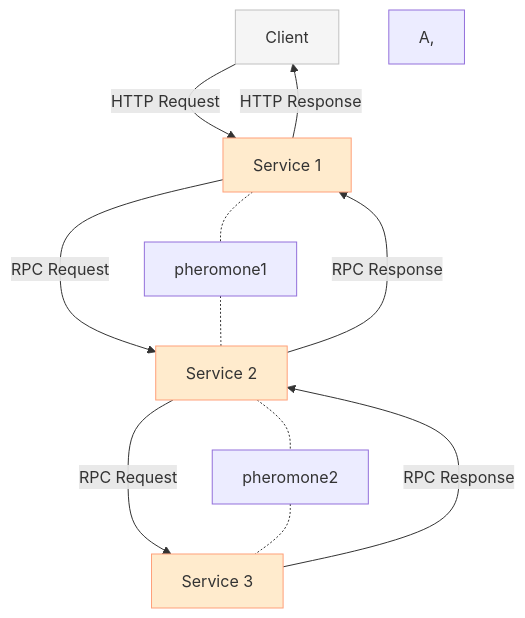
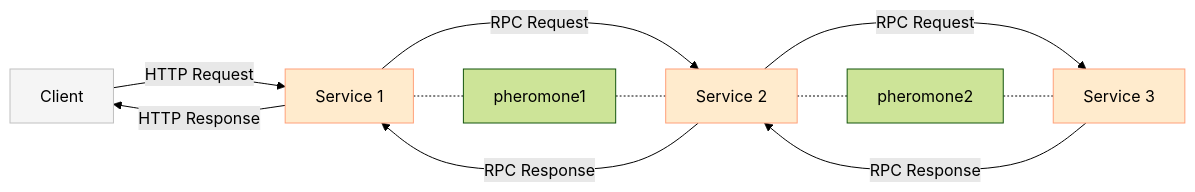
Before and after one commit to devrimdemiroz/opentelemetry-demo-webstore: the diagram in src/servicetopology/TracingPhermones.md, drawn with Mermaid. The commit also changed other lines of this file and 9 other files, not shown here.

````diff
--- a/src/servicetopology/TracingPhermones.md
+++ b/src/servicetopology/TracingPhermones.md
@@ -35,20 +33,21 @@
 ```mermaid
-graph TD;
+%%{init: {'theme': 'forest', "flowchart" : { "curve" : "basis" } } }%%
+graph LR;
   A[Client] -->|HTTP Request| B[Service 1];
   B -->|RPC Request| C[Service 2];
   C -->|RPC Request| D[Service 3];
   D -->|RPC Response| C;
   C -->|RPC Response| B;
   B -->|HTTP Response| A;
   style B fill:#FFEBCD,stroke:#FFA07A;
   style C fill:#FFEBCD,stroke:#FFA07A;
   style D fill:#FFEBCD,stroke:#FFA07A;
   style A fill:#F5F5F5,stroke:#C0C0C0;
-  style A, B, C, D stroke-width:3px;
+  style A B, C, D stroke-width:3px;
   B-.-pheromone1-.-C;
   C-.-pheromone2-.-D;
 
     
 
 
 ```
````
